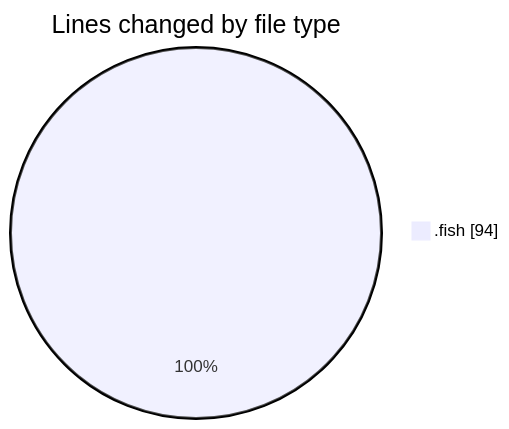
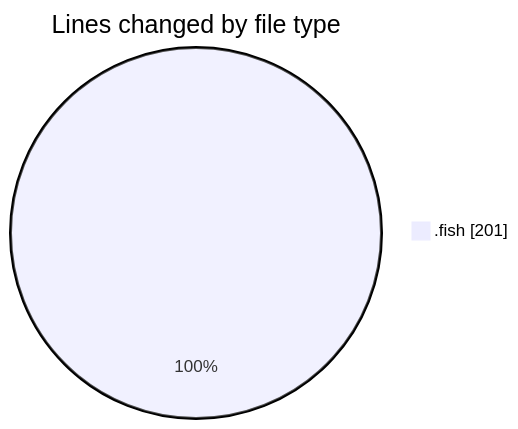
The first of 2 diagrams in 2025-08-10/fish/README.md (EIIisD/code-tracking), drawn with Mermaid before and after one commit. The commit also changed other lines of this file and 1 other file, not shown here.

````diff
--- a/2025-08-10/fish/README.md
+++ b/2025-08-10/fish/README.md
@@ -20,5 +20,5 @@
 ```mermaid
 pie showData
 title Lines changed by file type
-".fish" : 94
+".fish" : 201
 ```
````
